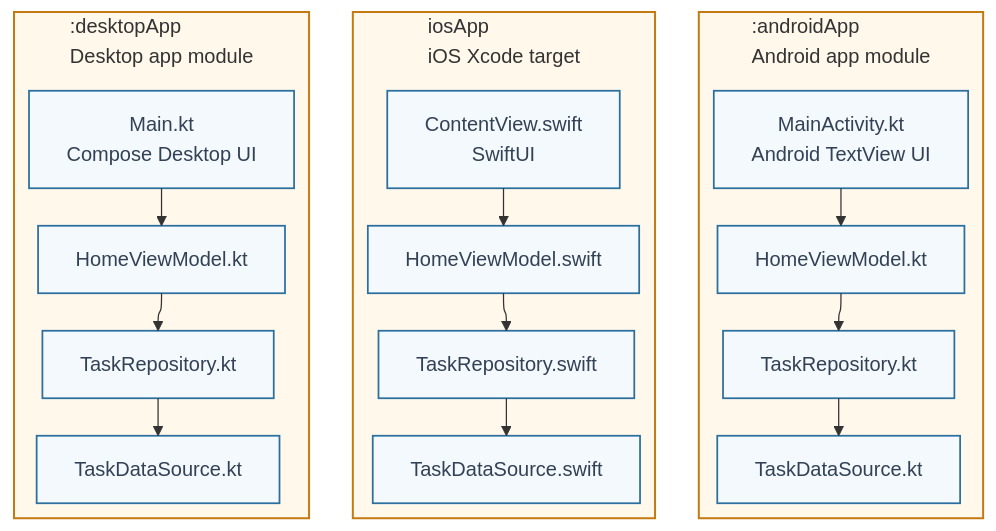
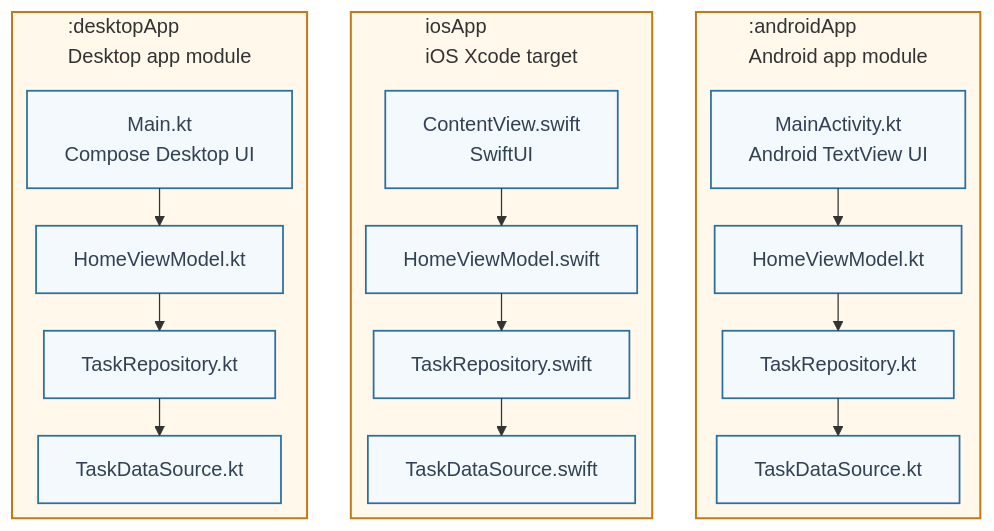
The diagram in diagrams/01-normal-native.md (TheSetox/kmp-sample-diagrams), drawn with Mermaid before and after one commit. The commit also changed 48 other files, not shown here.

Commit message:
Straighten Mermaid dependency flows

````diff
--- a/diagrams/01-normal-native.md
+++ b/diagrams/01-normal-native.md
@@ -5,41 +5,41 @@
 ```mermaid
 ---
 config:
   layout: elk
   elk:
-    nodePlacementStrategy: LINEAR_SEGMENTS
+    nodePlacementStrategy: SIMPLE
 ---
 flowchart TB
   subgraph Android[":androidApp\nAndroid app module"]
     direction TB
     AUI["MainActivity.kt\nAndroid TextView UI"]
     AVM["HomeViewModel.kt"]
     ARepository["TaskRepository.kt"]
     ADataSource["TaskDataSource.kt"]
     AUI --> AVM --> ARepository --> ADataSource
   end
 
   subgraph IOS["iosApp\niOS Xcode target"]
     direction TB
     IUI["ContentView.swift\nSwiftUI"]
     IVM["HomeViewModel.swift"]
     IRepository["TaskRepository.swift"]
     IDataSource["TaskDataSource.swift"]
     IUI --> IVM --> IRepository --> IDataSource
   end
 
   subgraph Desktop[":desktopApp\nDesktop app module"]
     direction TB
     DUI["Main.kt\nCompose Desktop UI"]
     DVM["HomeViewModel.kt"]
     DRepository["TaskRepository.kt"]
     DDataSource["TaskDataSource.kt"]
     DUI --> DVM --> DRepository --> DDataSource
   end
 
   classDef app fill:#f3f9fc,stroke:#2b6f9e,color:#334155,stroke-width:1.4px;
   class AUI,AVM,ARepository,ADataSource,IUI,IVM,IRepository,IDataSource,DUI,DVM,DRepository,DDataSource app;
   style Android fill:#fff8eb,stroke:#c47a12,stroke-width:1.6px
   style IOS fill:#fff8eb,stroke:#c47a12,stroke-width:1.6px
   style Desktop fill:#fff8eb,stroke:#c47a12,stroke-width:1.6px
 ```
````
